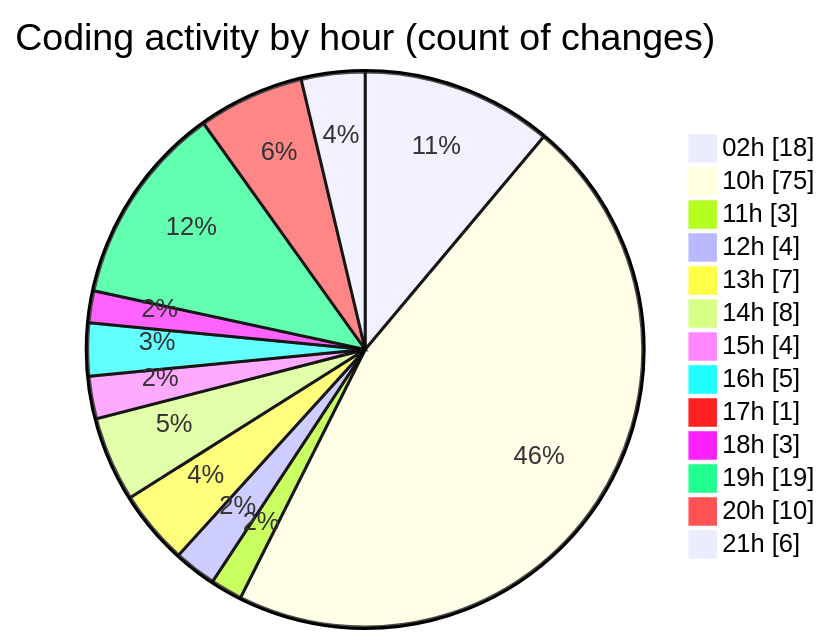
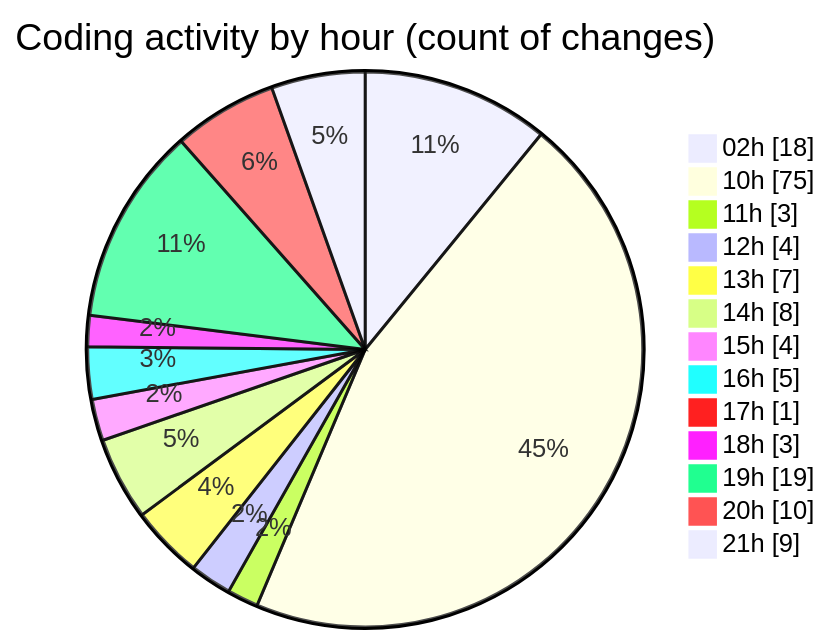
One commit to shibass792/code-tracking changed the second of 2 diagrams in 2026-07-08/twenty_versions_aminor/README.md. Above: the diagram before and after it, drawn with Mermaid. The commit also changed other lines of this file and 1 other file, not shown here.

````diff
--- a/2026-07-08/twenty_versions_aminor/README.md
+++ b/2026-07-08/twenty_versions_aminor/README.md
@@ -59,17 +61,17 @@
 ```mermaid
 pie showData
 title Coding activity by hour (count of changes)
 "02h" : 18
 "10h" : 75
 "11h" : 3
 "12h" : 4
 "13h" : 7
 "14h" : 8
 "15h" : 4
 "16h" : 5
 "17h" : 1
 "18h" : 3
 "19h" : 19
 "20h" : 10
-"21h" : 6
+"21h" : 9
 ```
````
